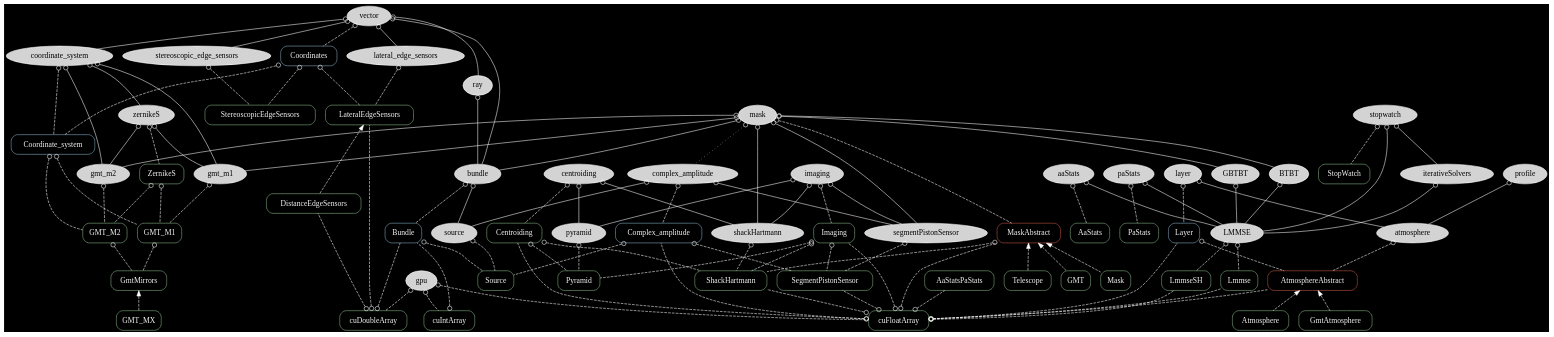
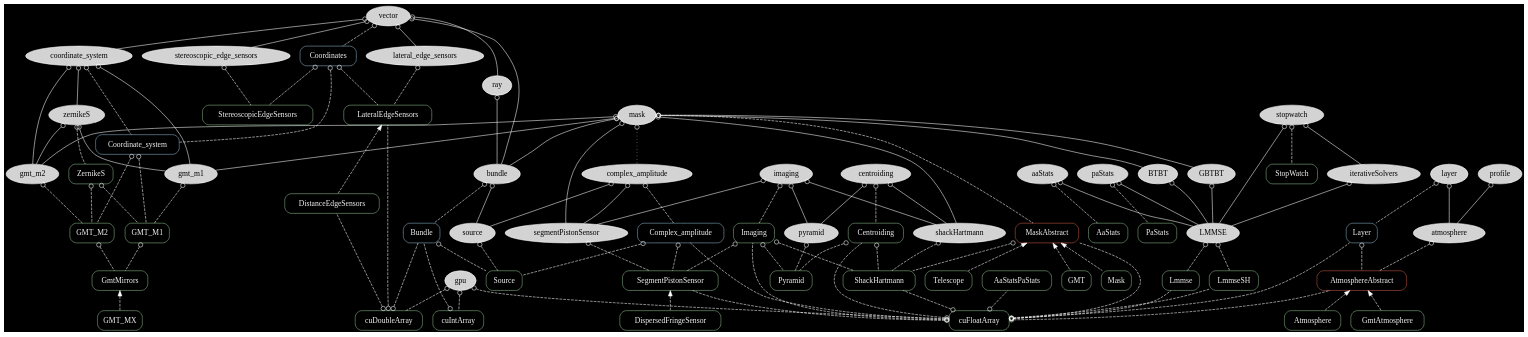
Before and after one commit to rconan/CEO: the diagram in graph/ceo.dot, drawn with Graphviz. The commit also changed 6 other files, not shown here.

```diff
--- a/graph/ceo.dot
+++ b/graph/ceo.dot
@@ -1,125 +1,125 @@
 digraph {
 overlap=false
 splines=true
 bgcolor = black
 node[style=filled,fillcolor=lightgray,color=white];
 edge[arrowtail=odot,dir=back,color=white];
 
 centroiding -> shackHartmann;
 centroiding -> pyramid;
 bundle -> source;
 
 coordinate_system -> zernikeS;
 coordinate_system -> gmt_m1;
 coordinate_system -> gmt_m2
 
 zernikeS -> gmt_m1;
 zernikeS -> gmt_m2;
 
 ray -> bundle;
 vector -> {stereoscopic_edge_sensors;lateral_edge_sensors;coordinate_system;bundle;ray;}
 complex_amplitude -> source;
 
 layer -> atmosphere;
 profile -> atmosphere;
 
 {aaStats;paStats;BTBT;GBTBT;iterativeSolvers;stopwatch;} -> LMMSE;
 stopwatch -> iterativeSolvers;
 
 gpu;
 
 complex_amplitude -> segmentPistonSensor;
 mask -> {shackHartmann;gmt_m1;gmt_m2;bundle;BTBT;GBTBT;segmentPistonSensor;}
 imaging -> {shackHartmann;pyramid;segmentPistonSensor;}
 
 edge[style=dotted,color=white]
 mask -> complex_amplitude;
 
 node[color=darkseagreen,style=rounded,shape=box,fontcolor=whitesmoke];
 edge[style=dashed,color=white]
 
 aaStats -> AaStats;
 paStats -> PaStats;
 
 centroiding -> Centroiding;
 imaging -> Imaging;
 
 source -> Source;
 Complex_amplitude[color=lightskyblue3];
 complex_amplitude -> Complex_amplitude;
 Bundle[color=lightskyblue3];
 bundle -> Bundle;
 cuDoubleArray -> Bundle;
 cuIntArray -> Bundle;
 Complex_amplitude -> Source[label="wavefront"];
 Bundle -> Source[label="rays"];
 
 shackHartmann -> ShackHartmann;
 MaskAbstract -> ShackHartmann;
 Centroiding -> ShackHartmann;
 
 pyramid -> Pyramid;
 Centroiding -> Pyramid;
 
 segmentPistonSensor -> SegmentPistonSensor;
 
 gmt_m1 -> GMT_M1;
 gmt_m2 -> GMT_M2;
 ZernikeS;
 zernikeS -> ZernikeS;
 ZernikeS -> GMT_M1;
 ZernikeS -> GMT_M2;
 GMT_M1 -> GmtMirrors[label="M1"];
 GMT_M2 -> GmtMirrors[label="M2"];
 Coordinate_system[color=lightskyblue3];
 coordinate_system -> Coordinate_system;
 Coordinate_system -> GMT_M1;
 Coordinate_system -> GMT_M2;
 Coordinates[color=lightskyblue3];
 Coordinates -> Coordinate_system;
 vector -> Coordinates;
 
 stereoscopic_edge_sensors -> StereoscopicEdgeSensors;
 Coordinates -> StereoscopicEdgeSensors;
 
 lateral_edge_sensors -> LateralEdgeSensors;
 Coordinates -> LateralEdgeSensors;
 cuDoubleArray -> {LateralEdgeSensors; DistanceEdgeSensors;}
 
 
 AtmosphereAbstract[color=coral3];
 atmosphere -> AtmosphereAbstract;
 Layer[color=lightskyblue3];
 layer -> Layer -> AtmosphereAbstract;
 
 MaskAbstract[color=coral3]
 mask -> MaskAbstract;
 Complex_amplitude -> SegmentPistonSensor;
 Imaging -> {ShackHartmann;Pyramid;SegmentPistonSensor;}
 
 stopwatch -> StopWatch;
 
 gpu -> {cuFloatArray;cuIntArray;cuDoubleArray;}
 LMMSE -> {Lmmse;LmmseSH;}
 cuFloatArray -> {Imaging;Centroiding;Complex_amplitude;ShackHartmann;SegmentPistonSensor;Layer;MaskAbstract;Lmmse;LmmseSH;AtmosphereAbstract;AaStatsPaStats;}
 
 edge[dir=back,arrowtail=normal];
 
 AtmosphereAbstract -> Atmosphere;
 AtmosphereAbstract -> GmtAtmosphere;
 
 MaskAbstract -> Mask;
 MaskAbstract -> Telescope;
 MaskAbstract -> GMT;
 
 GmtMirrors -> GMT_MX;
-
+SegmentPistonSensor -> DispersedFringeSensor;
 LateralEdgeSensors -> DistanceEdgeSensors;
 
 #{rank = source; mask;}
 #{rank = same; gpu; GMT_MX; Atmosphere;}
 #{rank = same; Source; ShackHartmann}
 #{rank=same; stopwatch; StopWatch;}
 {rank = same; cuFloatArray; cuDoubleArray; cuIntArray}
 {rank = sink; cuFloatArray}
 }
```
